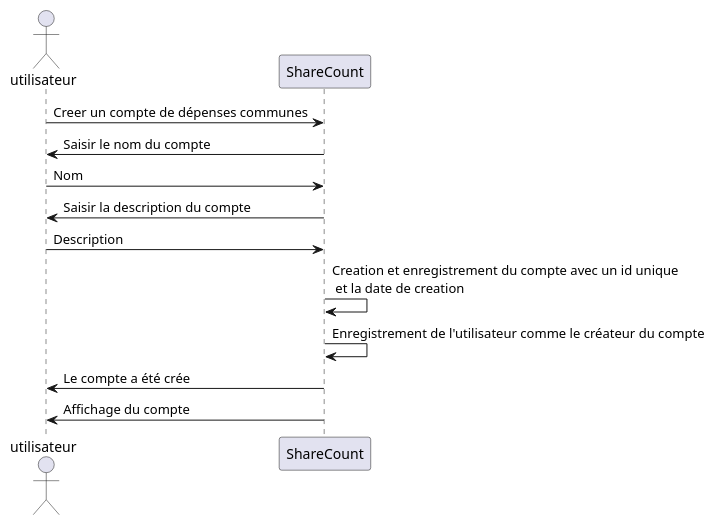
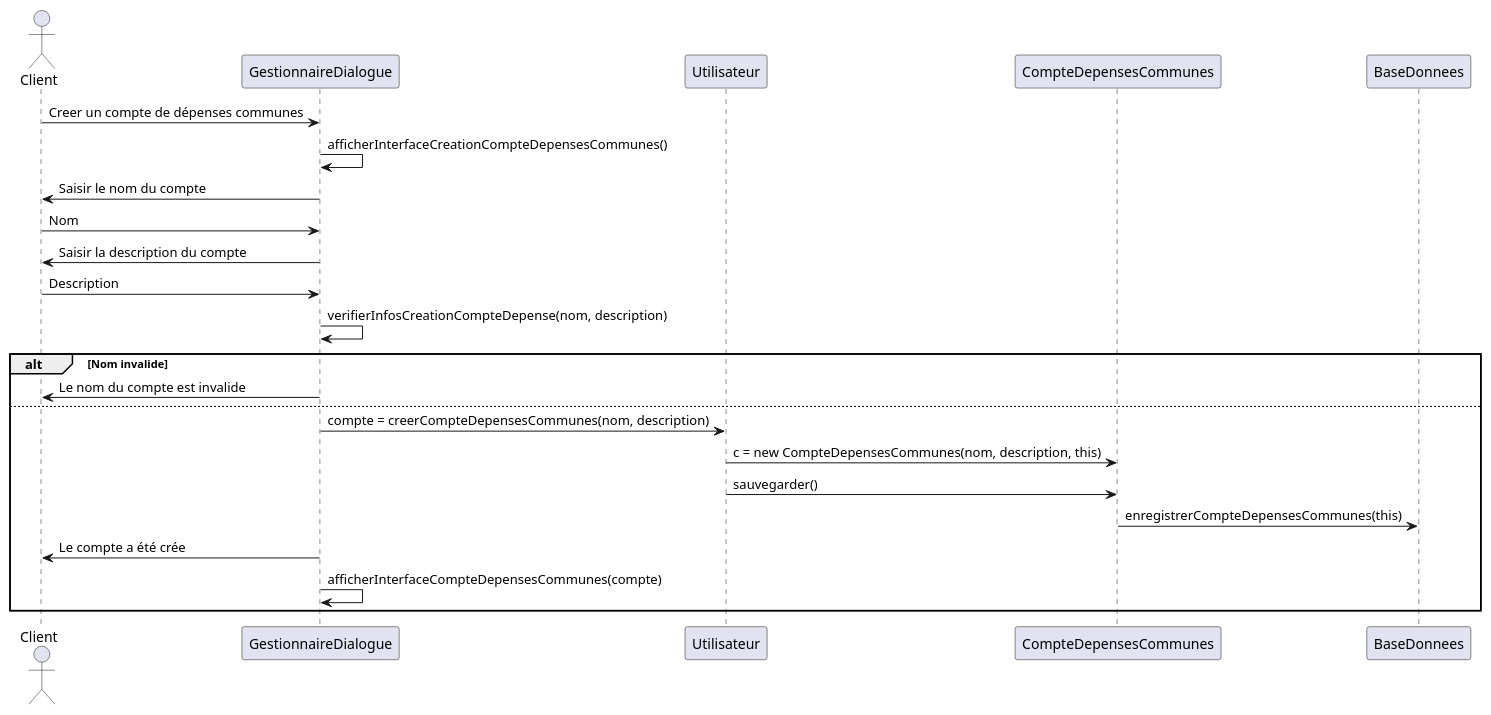
Before and after one commit to lmtb06/sharecount: the diagram in diagrammes/conception/creer-compte-depenses.puml, drawn with PlantUML. The commit also changed 5 other files, not shown here.

Commit message:
-Mise à jour du diagramme de sequence de conception creer-compte-utilisateur

```diff
--- a/diagrammes/conception/creer-compte-depenses.puml
+++ b/diagrammes/conception/creer-compte-depenses.puml
@@ -1,17 +1,26 @@
 @startuml  Creer un compte de dépenses communes
 
-actor utilisateur as user
-participant ShareCount as sc
+actor Client as client
+participant GestionnaireDialogue as gd
+participant Utilisateur as user
+participant CompteDepensesCommunes as cdc
+participant BaseDonnees as bd
 
-user 	-> sc 		: Creer un compte de dépenses communes
-user 	<- sc 		: Saisir le nom du compte
-user 	-> sc 		: Nom
-user 	<- sc 		: Saisir la description du compte
-user 	-> sc 		: Description
-
-sc 		-> sc 		: Creation et enregistrement du compte avec un id unique \n et la date de creation
-sc 		-> sc 		: Enregistrement de l'utilisateur comme le créateur du compte
-user 	<- sc 		: Le compte a été crée
-user 	<- sc 		: Affichage du compte
-
+client 	-> gd 		: Creer un compte de dépenses communes
+gd 		-> gd 	: afficherInterfaceCreationCompteDepensesCommunes()
+client 	<- gd 		: Saisir le nom du compte
+client 	-> gd 		: Nom
+client 	<- gd 		: Saisir la description du compte
+client 	-> gd 		: Description
+gd 		-> gd 		: verifierInfosCreationCompteDepense(nom, description)
+alt Nom invalide
+client 	<- gd 		: Le nom du compte est invalide
+else
+gd 		-> user 		: compte = creerCompteDepensesCommunes(nom, description)
+user 		-> cdc 		: c = new CompteDepensesCommunes(nom, description, this)
+user 		-> cdc 		: sauvegarder()
+cdc 		-> bd 		: enregistrerCompteDepensesCommunes(this)
+client 	<- gd 		: Le compte a été crée
+gd 	-> gd 		: afficherInterfaceCompteDepensesCommunes(compte)
+end
 @enduml
```
